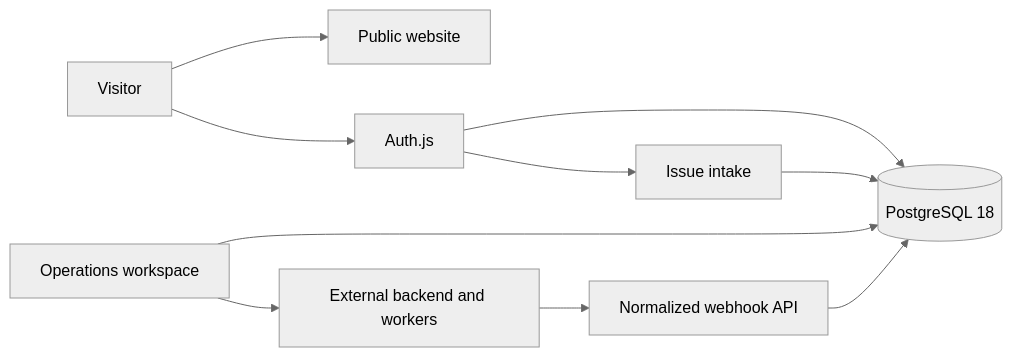
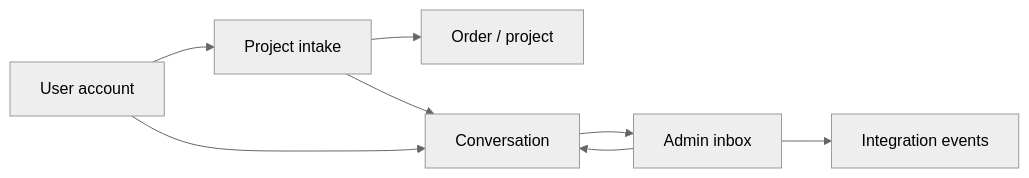
Before and after one commit to codeissue-dev/website: the diagram in docs/technical/architecture.md, drawn with Mermaid (neutral theme). The commit also changed other lines of this file and 89 other files, not shown here.

Commit message:
refactor: split user workspace from admin operations and unify brand system

````diff
--- a/docs/technical/architecture.md
+++ b/docs/technical/architecture.md
@@ -48,20 +50,17 @@
 ```mermaid
 flowchart LR
-  Visitor[Visitor]
-  Website[Public website]
-  Auth[Auth.js]
-  Intake[Issue intake]
-  Admin[Operations workspace]
-  Webhook[Normalized webhook API]
-  Backend[External backend and workers]
-  DB[(PostgreSQL 18)]
+  User[User account]
+  Intake[Project intake]
+  Project[Order / project]
+  Thread[Conversation]
+  Admin[Admin inbox]
+  Event[Integration events]
 
-  Visitor --> Website
-  Visitor --> Auth
-  Auth --> DB
-  Auth --> Intake
-  Intake --> DB
-  Admin --> DB
-  Backend --> Webhook --> DB
-  Admin --> Backend
+  User --> Intake
+  Intake --> Project
+  Intake --> Thread
+  User --> Thread
+  Thread --> Admin
+  Admin --> Thread
+  Admin --> Event
 ```
````
